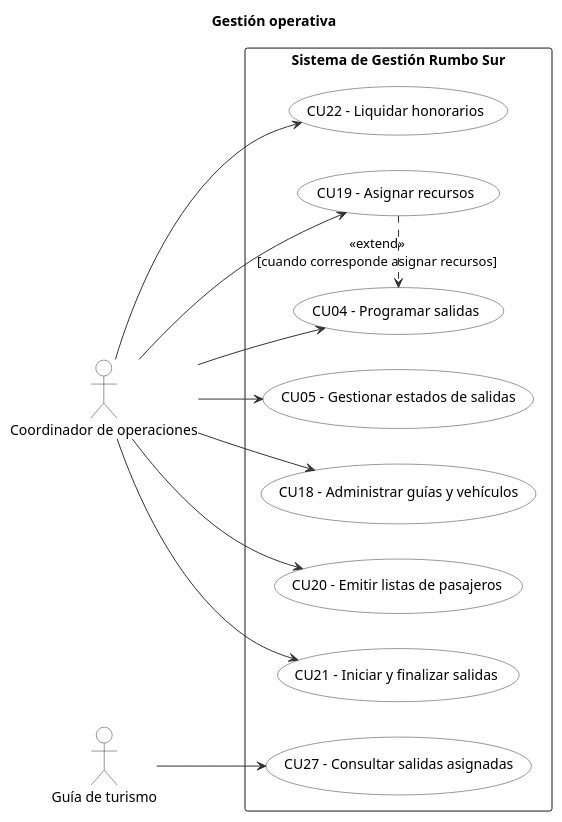
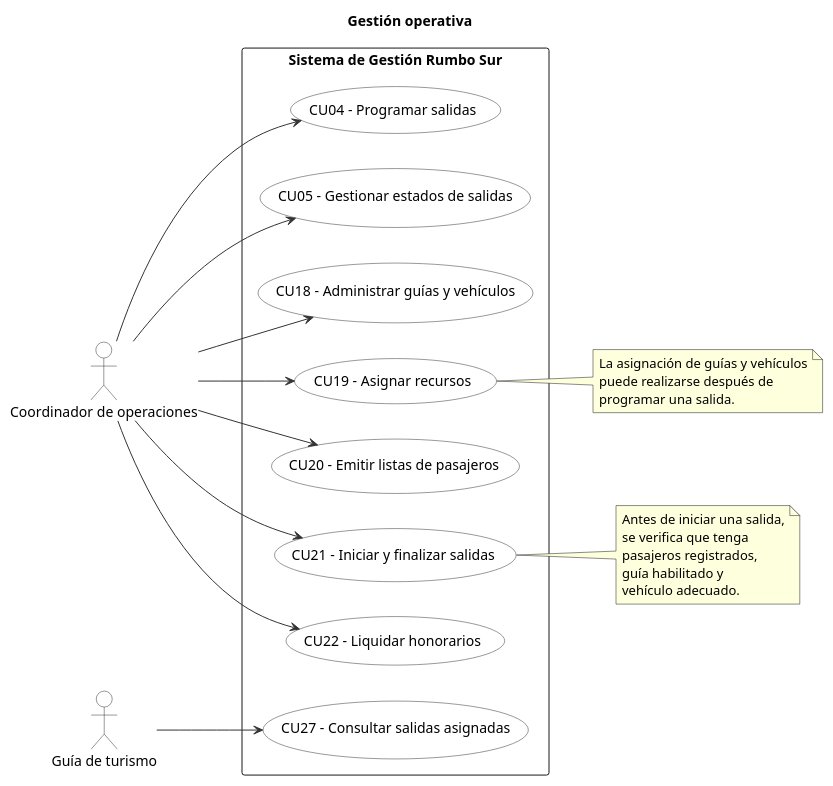
Before and after one commit to CarlosDanielOK/Avion: the diagram in docs/uml/casos-uso-operaciones.puml, drawn with PlantUML. The commit also changed other lines of this file, not shown here.

Commit message:
fix: alinear gestion operativa con reglas de negocio
Added notes for use cases CU19 and CU21 to clarify operations.

```diff
--- a/docs/uml/casos-uso-operaciones.puml
+++ b/docs/uml/casos-uso-operaciones.puml
@@ -1,36 +2,58 @@
 @startuml casos-uso-operaciones
 title Gestión operativa
+
 skinparam shadowing false
 skinparam backgroundColor White
+
 skinparam usecase {
   BackgroundColor White
   BorderColor #333333
   ArrowColor #333333
 }
+
 skinparam actor {
   BackgroundColor White
   BorderColor #333333
 }
+
 left to right direction
+
 actor "Coordinador de operaciones" as COO
 actor "Guía de turismo" as GUI
+
 rectangle "Sistema de Gestión Rumbo Sur" {
   usecase "CU04 - Programar salidas" as CU04
   usecase "CU05 - Gestionar estados de salidas" as CU05
   usecase "CU18 - Administrar guías y vehículos" as CU18
   usecase "CU19 - Asignar recursos" as CU19
   usecase "CU20 - Emitir listas de pasajeros" as CU20
   usecase "CU21 - Iniciar y finalizar salidas" as CU21
   usecase "CU22 - Liquidar honorarios" as CU22
   usecase "CU27 - Consultar salidas asignadas" as CU27
 }
+
 COO --> CU04
 COO --> CU05
 COO --> CU18
 COO --> CU19
 COO --> CU20
 COO --> CU21
 COO --> CU22
+
 GUI --> CU27
-CU19 .> CU04 : <<extend>>\n[cuando corresponde asignar recursos]
+
+note right of CU19
+  La asignación de guías y vehículos
+  puede realizarse después de
+  programar una salida.
+end note
+
+note right of CU21
+  Antes de iniciar una salida,
+  se verifica que tenga
+  pasajeros registrados,
+  guía habilitado y
+  vehículo adecuado.
+end note
+
 @enduml
```
